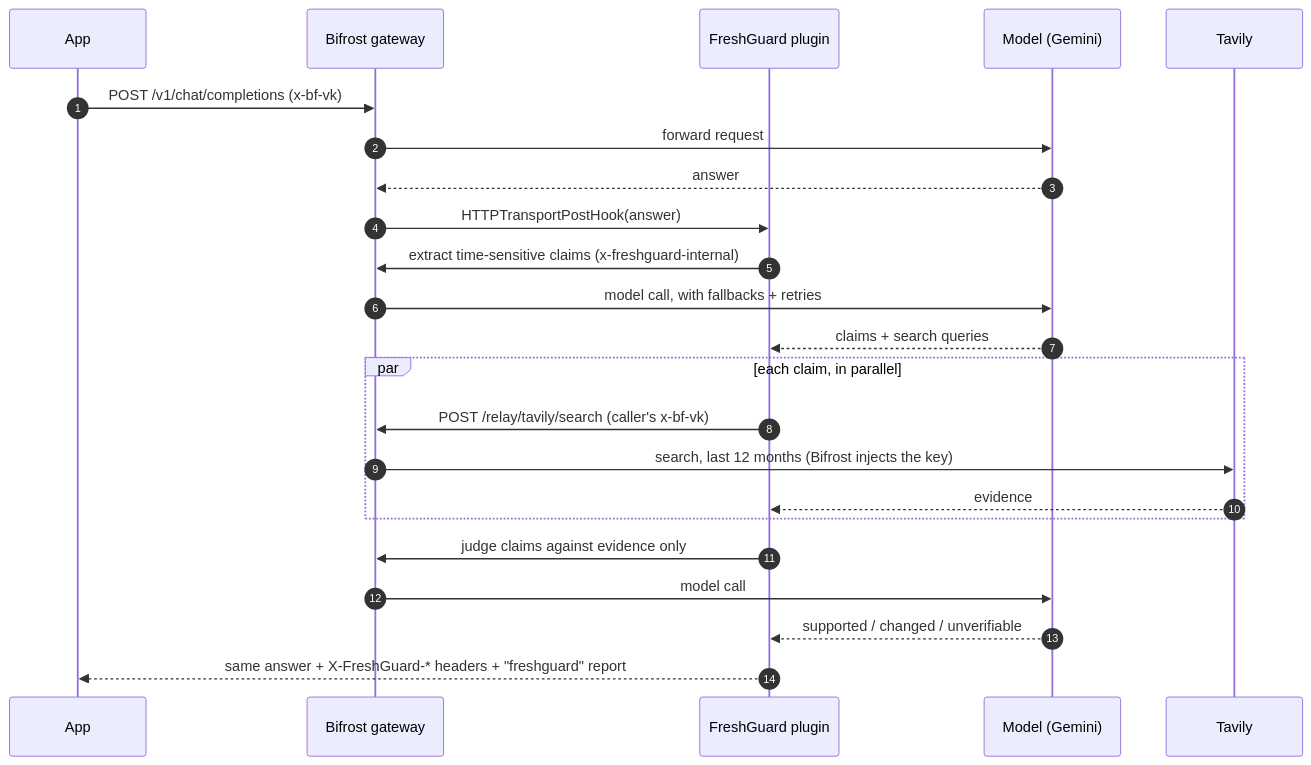
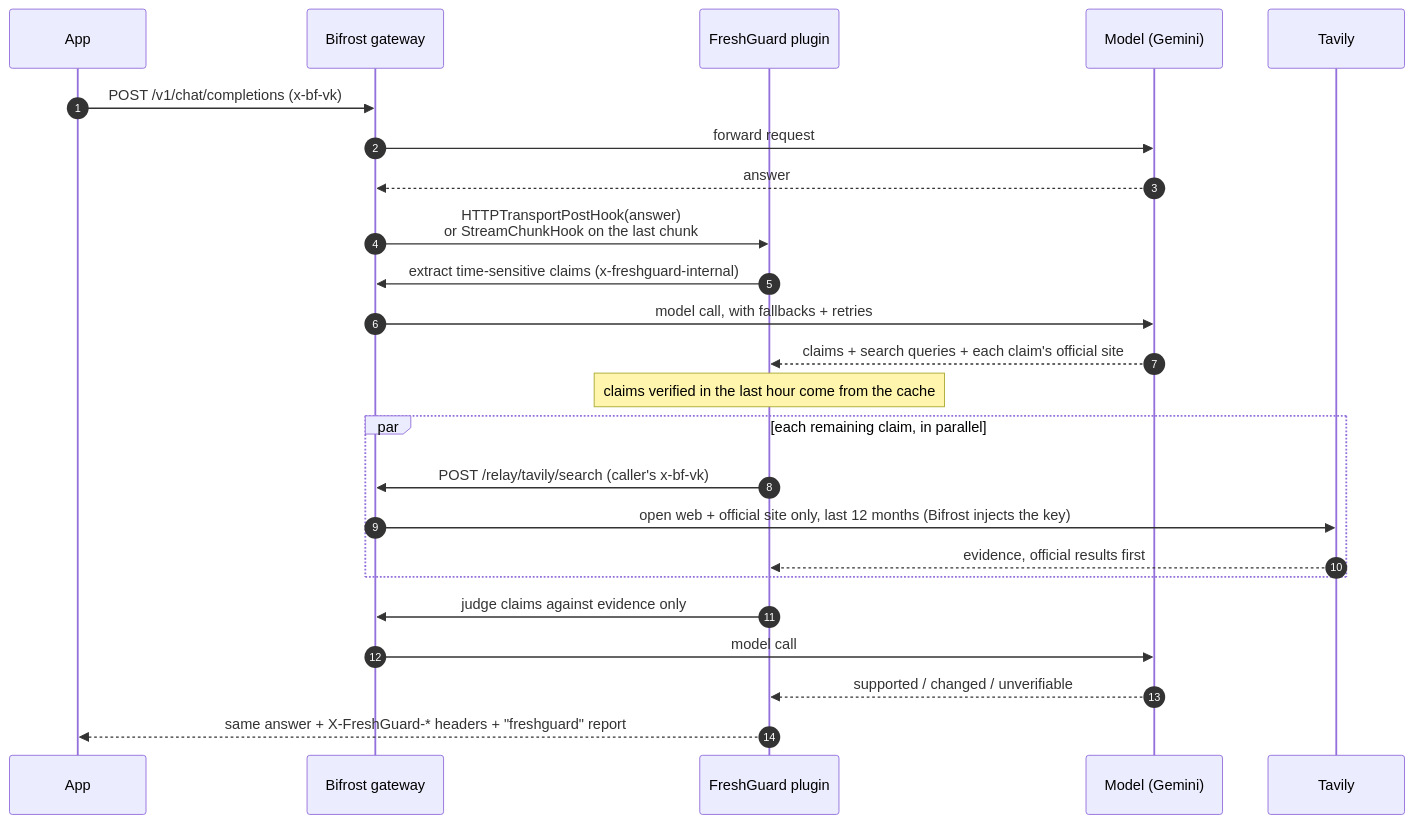
One commit to sidharth-cs/freshguard changed the diagram in README.md. Above: the diagram before and after it, drawn with Mermaid. The commit also changed other lines of this file and 15 other files, not shown here.

First line of the commit message:
feat: streaming, claim cache, official sources, Docker and hosted demo

````diff
--- a/README.md
+++ b/README.md
@@ -88,26 +104,27 @@
 ```mermaid
 sequenceDiagram
     autonumber
     participant App
     participant B as Bifrost gateway
     participant FG as FreshGuard plugin
     participant M as Model (Gemini)
     participant T as Tavily
 
     App->>B: POST /v1/chat/completions (x-bf-vk)
     B->>M: forward request
     M-->>B: answer
-    B->>FG: HTTPTransportPostHook(answer)
+    B->>FG: HTTPTransportPostHook(answer)<br/>or StreamChunkHook on the last chunk
     FG->>B: extract time-sensitive claims (x-freshguard-internal)
     B->>M: model call, with fallbacks + retries
-    M-->>FG: claims + search queries
-    par each claim, in parallel
+    M-->>FG: claims + search queries + each claim's official site
+    Note over FG: claims verified in the last hour come from the cache
+    par each remaining claim, in parallel
         FG->>B: POST /relay/tavily/search (caller's x-bf-vk)
-        B->>T: search, last 12 months (Bifrost injects the key)
-        T-->>FG: evidence
+        B->>T: open web + official site only, last 12 months (Bifrost injects the key)
+        T-->>FG: evidence, official results first
     end
     FG->>B: judge claims against evidence only
     B->>M: model call
     M-->>FG: supported / changed / unverifiable
     FG-->>App: same answer + X-FreshGuard-* headers + "freshguard" report
 ```
````
